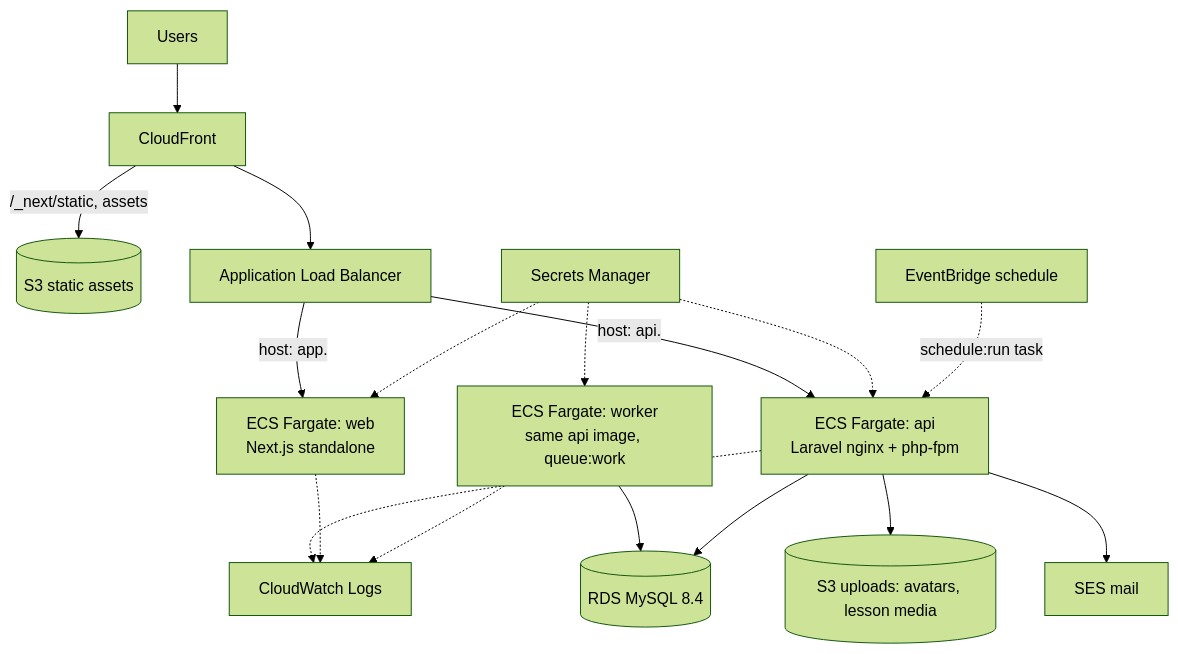
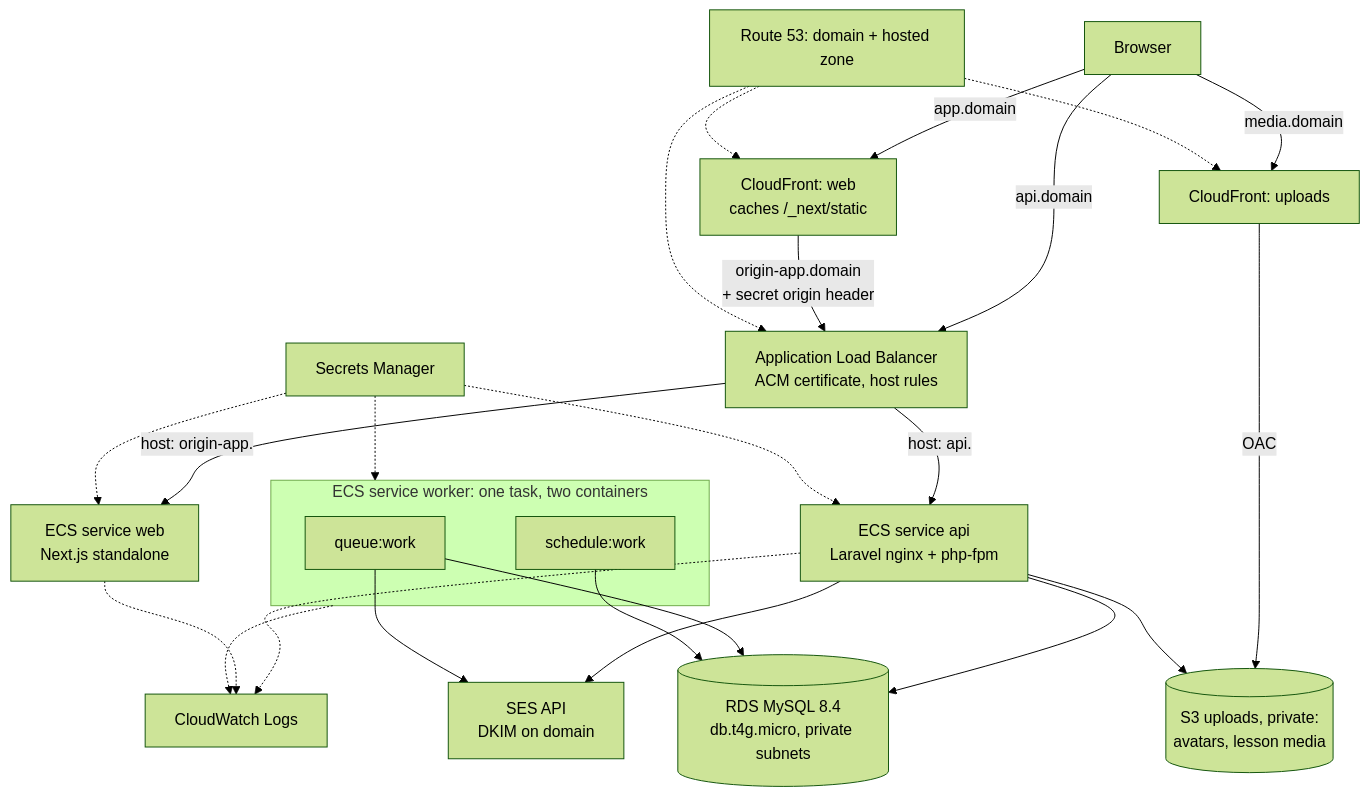
The third of 3 diagrams in docs/ARCHITECTURE.md (VoHieu906/Cyber-Compass), drawn with Mermaid (forest theme) before and after one commit. The commit also changed other lines of this file and 4 other files, not shown here.

````diff
--- a/docs/ARCHITECTURE.md
+++ b/docs/ARCHITECTURE.md
@@ -211,15 +213,20 @@
 ```mermaid
 flowchart TB
-  U[Users] --> CF[CloudFront]
-  CF -->|"/_next/static, assets"| S3S[(S3 static assets)]
-  CF --> ALB[Application Load Balancer]
-  ALB -->|"host: app."| WEB[ECS Fargate: web<br/>Next.js standalone]
-  ALB -->|"host: api."| API[ECS Fargate: api<br/>Laravel nginx + php-fpm]
-  WRK[ECS Fargate: worker<br/>same api image, queue:work] --> RDS
-  API --> RDS[(RDS MySQL 8.4)]
-  API --> S3U[(S3 uploads: avatars, lesson media)]
-  API --> SES[SES mail]
-  SM[Secrets Manager] -.-> API & WRK & WEB
-  API & WEB & WRK -.-> CW[CloudWatch Logs]
-  EB[EventBridge schedule] -.->|schedule:run task| API
+  U[Browser] -->|"app.domain"| CFA[CloudFront: web<br/>caches /_next/static]
+  U -->|"media.domain"| CFM[CloudFront: uploads]
+  U -->|"api.domain"| ALB
+  CFA -->|"origin-app.domain<br/>+ secret origin header"| ALB[Application Load Balancer<br/>ACM certificate, host rules]
+  CFM -->|OAC| S3U[(S3 uploads, private:<br/>avatars, lesson media)]
+  ALB -->|"host: origin-app."| WEB[ECS service web<br/>Next.js standalone]
+  ALB -->|"host: api."| API[ECS service api<br/>Laravel nginx + php-fpm]
+  subgraph WT[ECS service worker: one task, two containers]
+    WRK[queue:work]
+    SCH[schedule:work]
+  end
+  API & WRK & SCH --> RDS[(RDS MySQL 8.4<br/>db.t4g.micro, private subnets)]
+  API --> S3U
+  API & WRK --> SES[SES API<br/>DKIM on domain]
+  SM[Secrets Manager] -.-> API & WT & WEB
+  API & WEB & WT -.-> CW[CloudWatch Logs]
+  R53[Route 53: domain + hosted zone] -.-> CFA & CFM & ALB
 ```
````
